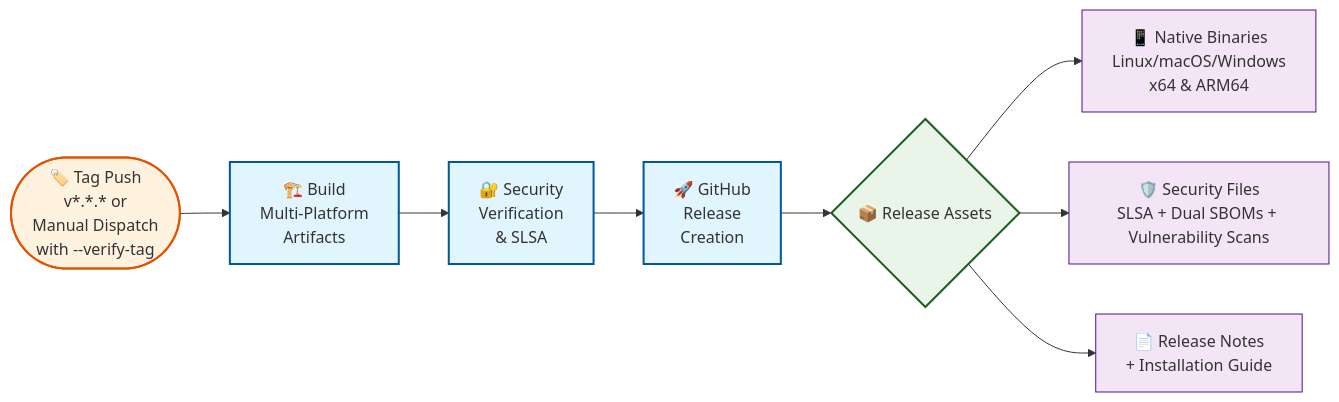
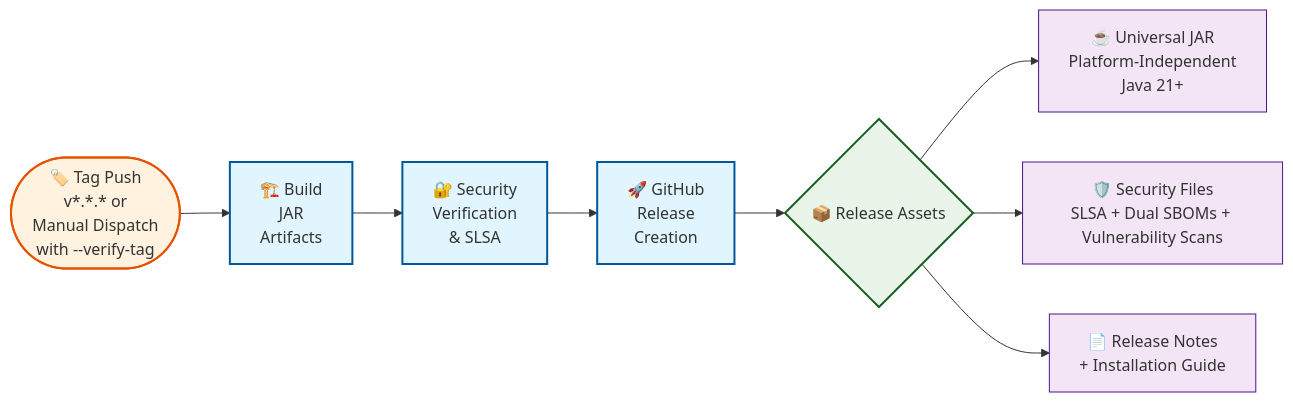
The first of 5 diagrams in docs/explanation/automated-release-process.md (kamiazya/scopes), drawn with Mermaid before and after one commit. The commit also changed other lines of this file and 36 other files, not shown here.

First line of the commit message:
feat: migrate from GraalVM Native Image to JAR distribution (#309)

````diff
--- a/docs/explanation/automated-release-process.md
+++ b/docs/explanation/automated-release-process.md
@@ -13,29 +13,29 @@
 ```mermaid
 graph LR
     %% Triggers
-    Start([🏷️ Tag Push<br/>v*.*.* or<br/>Manual Dispatch<br/>with --verify-tag]) 
-    
+    Start([🏷️ Tag Push<br/>v*.*.* or<br/>Manual Dispatch<br/>with --verify-tag])
+
     %% Main workflow stages
-    Start --> Build[🏗️ Build<br/>Multi-Platform<br/>Artifacts]
+    Start --> Build[🏗️ Build<br/>JAR<br/>Artifacts]
     Build --> Security[🔐 Security<br/>Verification<br/>& SLSA]
     Security --> Release[🚀 GitHub<br/>Release<br/>Creation]
-    
+
     %% Final outputs
     Release --> Output{📦 Release Assets}
-    
+
     %% Output types
-    Output --> Binaries[📱 Native Binaries<br/>Linux/macOS/Windows<br/>x64 & ARM64]
+    Output --> JAR[☕ Universal JAR<br/>Platform-Independent<br/>Java 21+]
     Output --> Verification[🛡️ Security Files<br/>SLSA + Dual SBOMs + Vulnerability Scans]
     Output --> Documentation[📄 Release Notes<br/>+ Installation Guide]
-    
+
     %% Styling
     classDef triggerBox fill:#fff3e0,stroke:#e65100,stroke-width:2px
-    classDef processBox fill:#e1f5fe,stroke:#01579b,stroke-width:2px  
+    classDef processBox fill:#e1f5fe,stroke:#01579b,stroke-width:2px
     classDef outputBox fill:#e8f5e8,stroke:#1b5e20,stroke-width:2px
     classDef artifactBox fill:#f3e5f5,stroke:#4a148c,stroke-width:1px
-    
+
     class Start triggerBox
     class Build,Security,Release processBox
     class Output outputBox
-    class Binaries,Verification,Documentation artifactBox
+    class JAR,Verification,Documentation artifactBox
 ```
````
